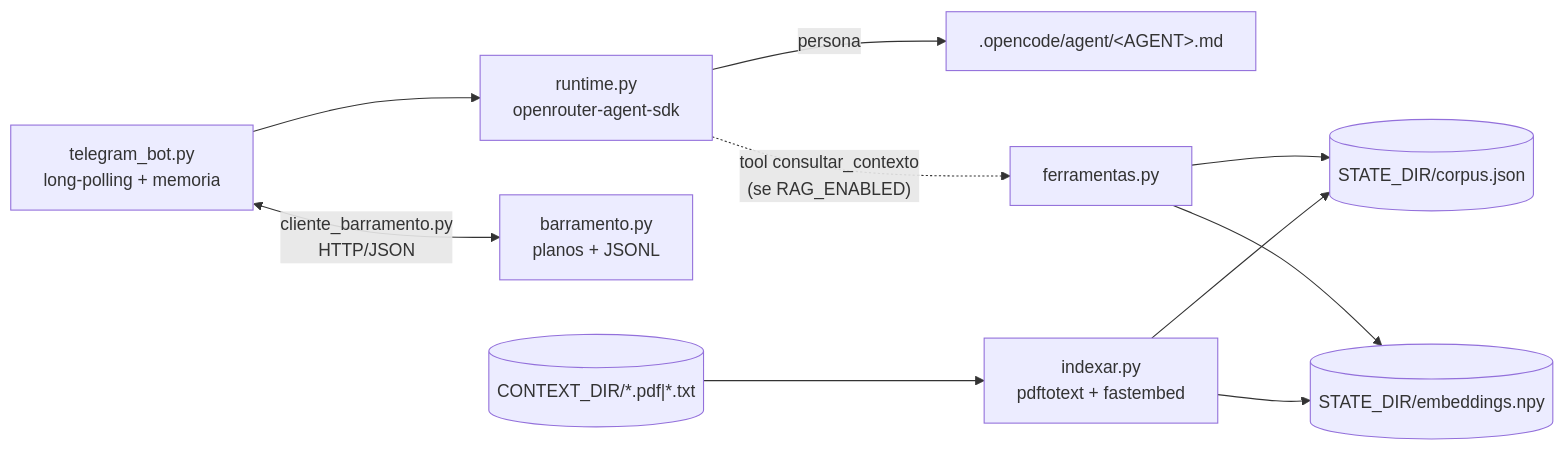
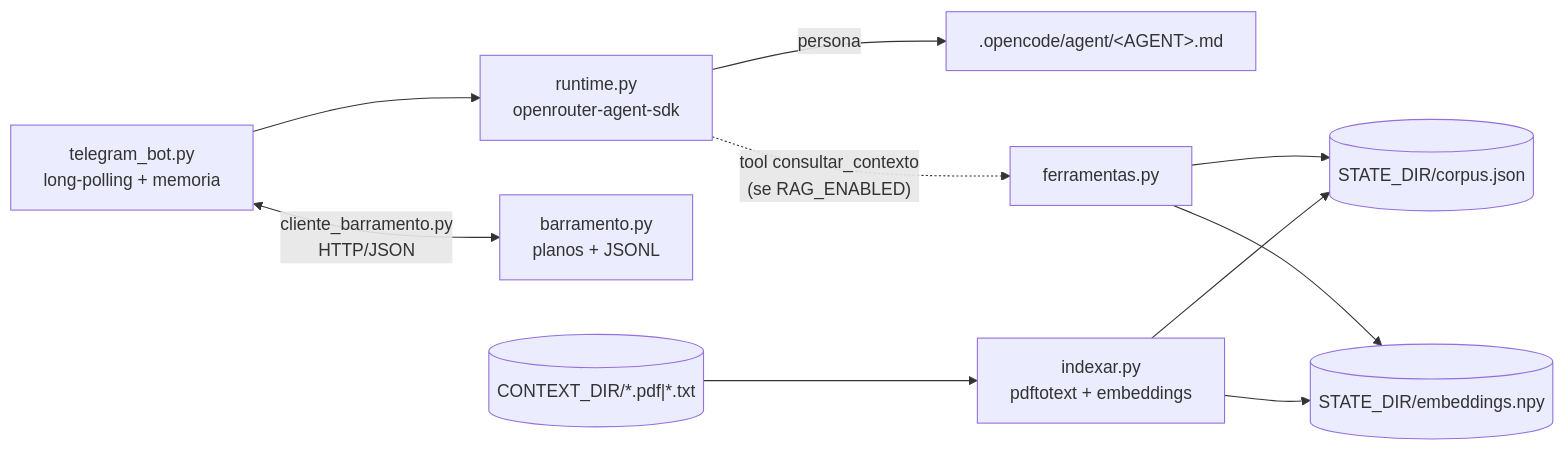
Before and after one commit to kellermanm0ta/persona-bot: the diagram in AGENTS.md, drawn with Mermaid. The commit also changed other lines of this file and 8 other files, not shown here.

````diff
--- a/AGENTS.md
+++ b/AGENTS.md
@@ -11,12 +11,12 @@
 ```mermaid
 flowchart LR
     TG["telegram_bot.py<br/>long-polling + memoria"] --> RT["runtime.py<br/>openrouter-agent-sdk"]
     TG <-->|"cliente_barramento.py<br/>HTTP/JSON"| BR["barramento.py<br/>planos + JSONL"]
     RT -->|persona| AG[".opencode/agent/&lt;AGENT&gt;.md"]
     RT -.->|"tool consultar_contexto<br/>(se RAG_ENABLED)"| FER["ferramentas.py"]
     FER --> CORP[("STATE_DIR/corpus.json")]
     FER --> EMB[("STATE_DIR/embeddings.npy")]
-    IDX["indexar.py<br/>pdftotext + fastembed"] --> CORP
+    IDX["indexar.py<br/>pdftotext + embeddings"] --> CORP
     IDX --> EMB
     CTX[("CONTEXT_DIR/*.pdf|*.txt")] --> IDX
 ```
````
